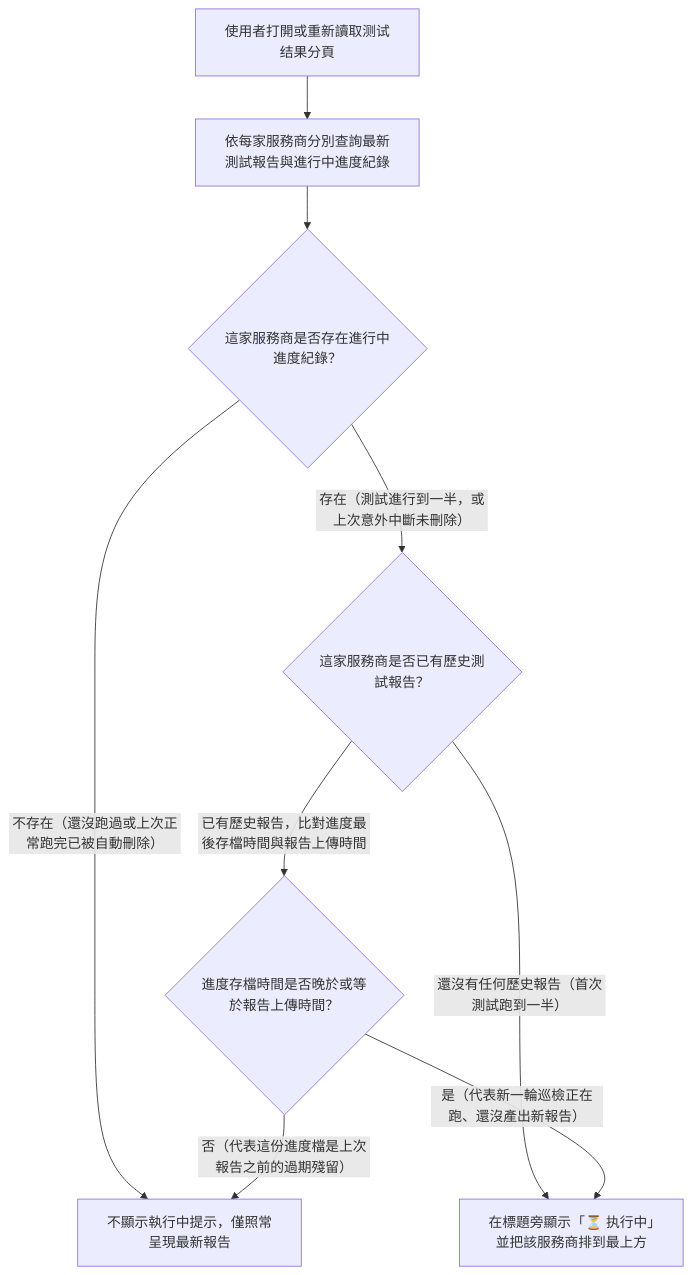
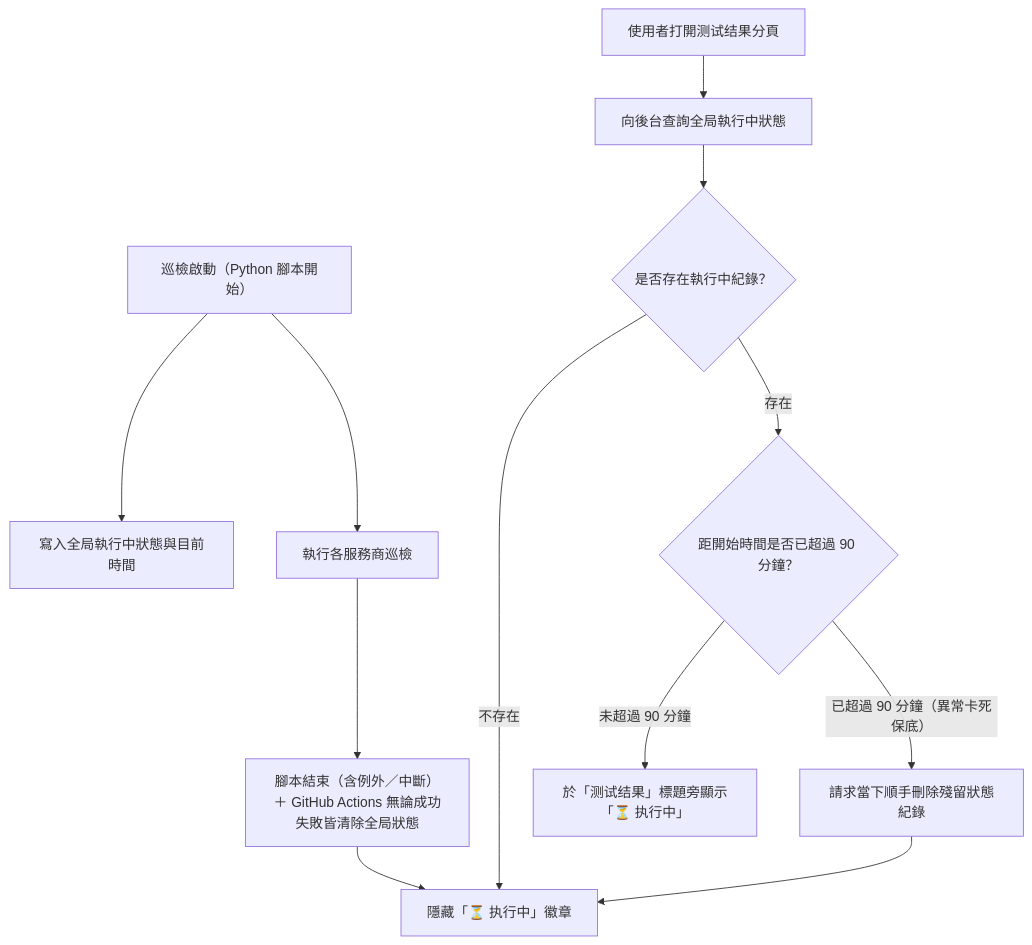
One commit to Artin0123/api-test changed the second of 3 diagrams in docs/architecture.md. Above: the diagram before and after it, drawn with Mermaid. The commit also changed other lines of this file and 3 other files, not shown here.

Commit message:
docs(batch5): sync decision-1111, architecture, and README with Phase 1 changes

````diff
--- a/docs/architecture.md
+++ b/docs/architecture.md
@@ -267,11 +268,13 @@
 ```mermaid
 flowchart TD
-    R_OPEN["使用者打開或重新讀取测试结果分頁"] --> R_FETCH["依每家服務商分別查詢最新測試報告與進行中進度紀錄"]
-    R_FETCH --> HAS_CK{"這家服務商是否存在進行中進度紀錄？"}
-    HAS_CK -->|不存在（還沒跑過或上次正常跑完已被自動刪除）| NOT_EXEC["不顯示執行中提示，僅照常呈現最新報告"]
-    HAS_CK -->|存在（測試進行到一半，或上次意外中斷未刪除）| HAS_RES{"這家服務商是否已有歷史測試報告？"}
-    HAS_RES -->|還沒有任何歷史報告（首次測試跑到一半）| SHOW_EXEC["在標題旁顯示「⏳ 执行中」並把該服務商排到最上方"]
-    HAS_RES -->|已有歷史報告，比對進度最後存檔時間與報告上傳時間| CMP_TIME{"進度存檔時間是否晚於或等於報告上傳時間？"}
-    CMP_TIME -->|是（代表新一輪巡檢正在跑、還沒產出新報告）| SHOW_EXEC
-    CMP_TIME -->|否（代表這份進度檔是上次報告之前的過期殘留）| NOT_EXEC
+    G_START["巡檢啟動（Python 腳本開始）"] --> G_POST["寫入全局執行中狀態與目前時間"]
+    G_OPEN["使用者打開测试结果分頁"] --> G_GET["向後台查詢全局執行中狀態"]
+    G_GET --> HAS_FLAG{"是否存在執行中紀錄？"}
+    HAS_FLAG -->|不存在| HIDE_BADGE["隱藏「⏳ 执行中」徽章"]
+    HAS_FLAG -->|存在| CHK_AGE{"距開始時間是否已超過 90 分鐘？"}
+    CHK_AGE -->|未超過 90 分鐘| SHOW_BADGE["於「测试结果」標題旁顯示「⏳ 执行中」"]
+    CHK_AGE -->|已超過 90 分鐘（異常卡死保底）| DEL_STALE["請求當下順手刪除殘留狀態紀錄"] --> HIDE_BADGE
+    G_START --> G_RUN["執行各服務商巡檢"]
+    G_RUN --> G_FINALLY["腳本結束（含例外／中斷）＋ GitHub Actions 無論成功失敗皆清除全局狀態"]
+    G_FINALLY --> HIDE_BADGE
 ```
````
